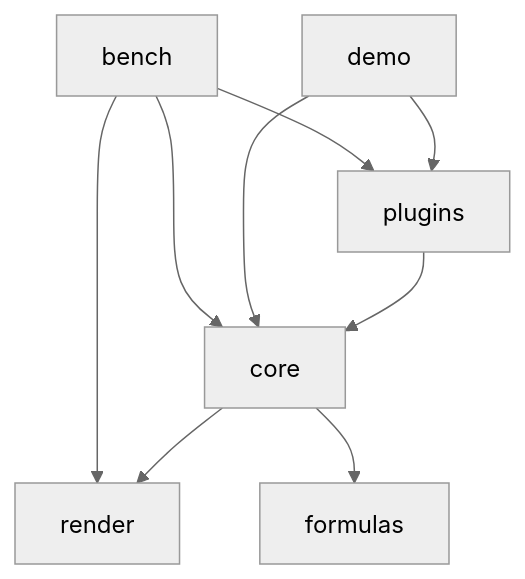
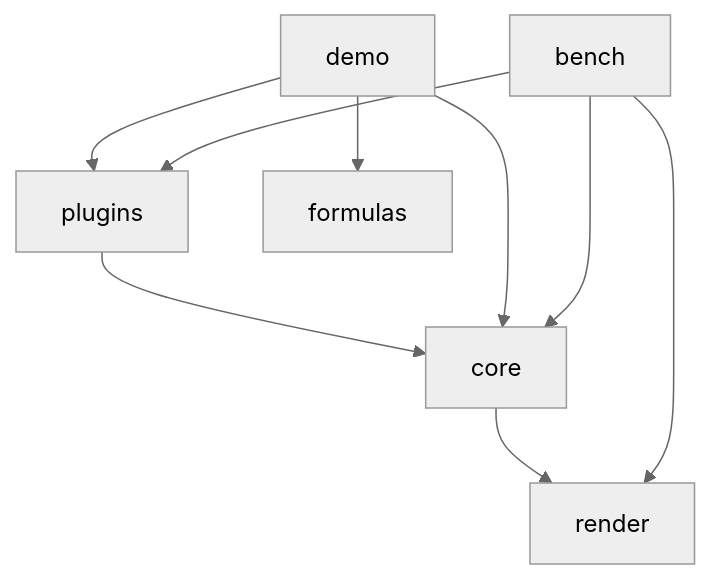
Before and after one commit to cabinet-fe/infinite-table: the diagram in .agents/docs/CODE-MAP.md, drawn with Mermaid (neutral theme). The commit also changed other lines of this file and 90 other files, not shown here.

Commit message:
chore: S1～S6 尾部工作基线提交（formulas 包、demo xlsx 五件套、shared-edges、border-presets、测试修正）

````diff
--- a/.agents/docs/CODE-MAP.md
+++ b/.agents/docs/CODE-MAP.md
@@ -34,11 +34,11 @@
 ```mermaid
 graph TD
     core --> render
-    core --> formulas
     plugins --> core
     demo --> core
     demo --> plugins
+    demo --> formulas
     bench --> core
     bench --> render
     bench --> plugins
 ```
````
